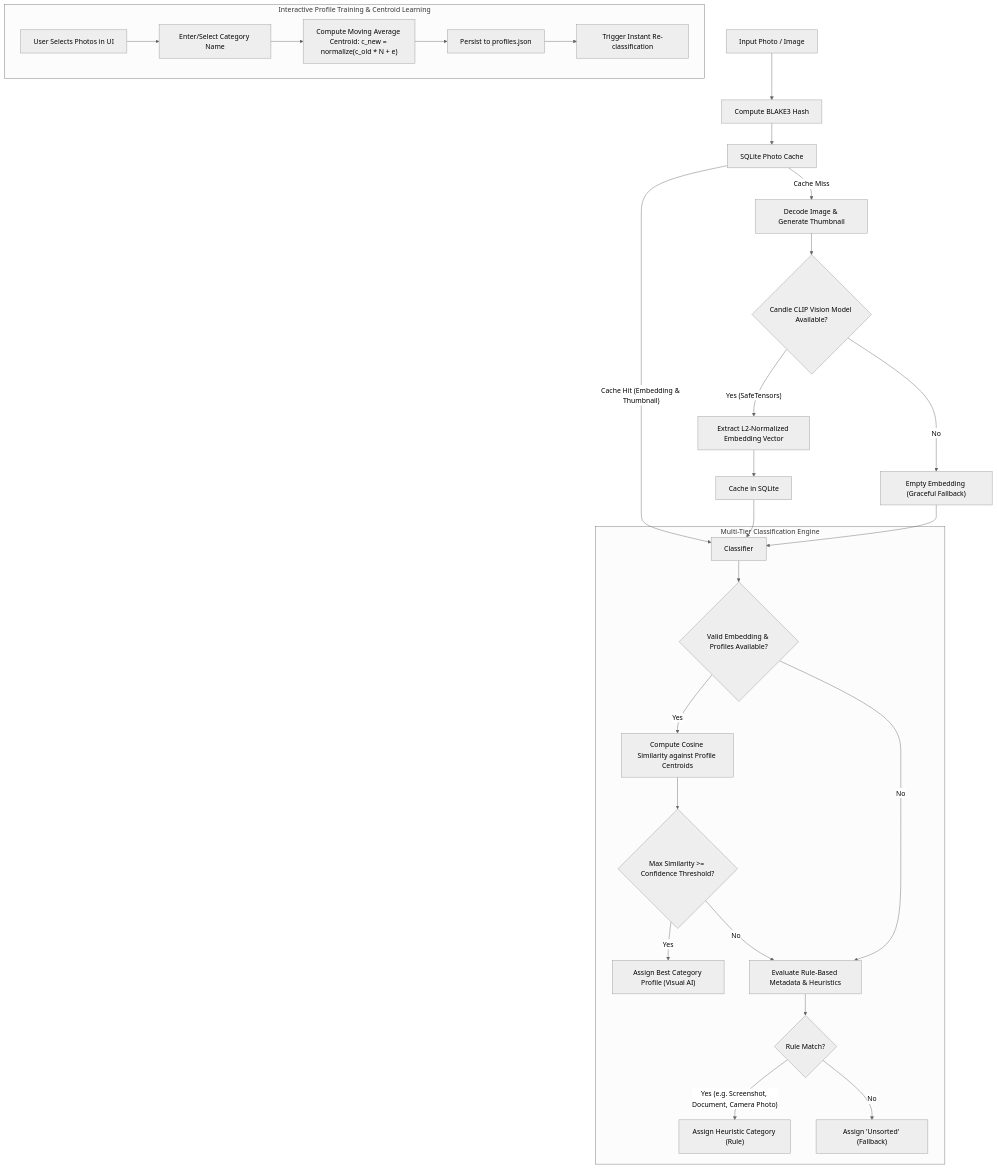
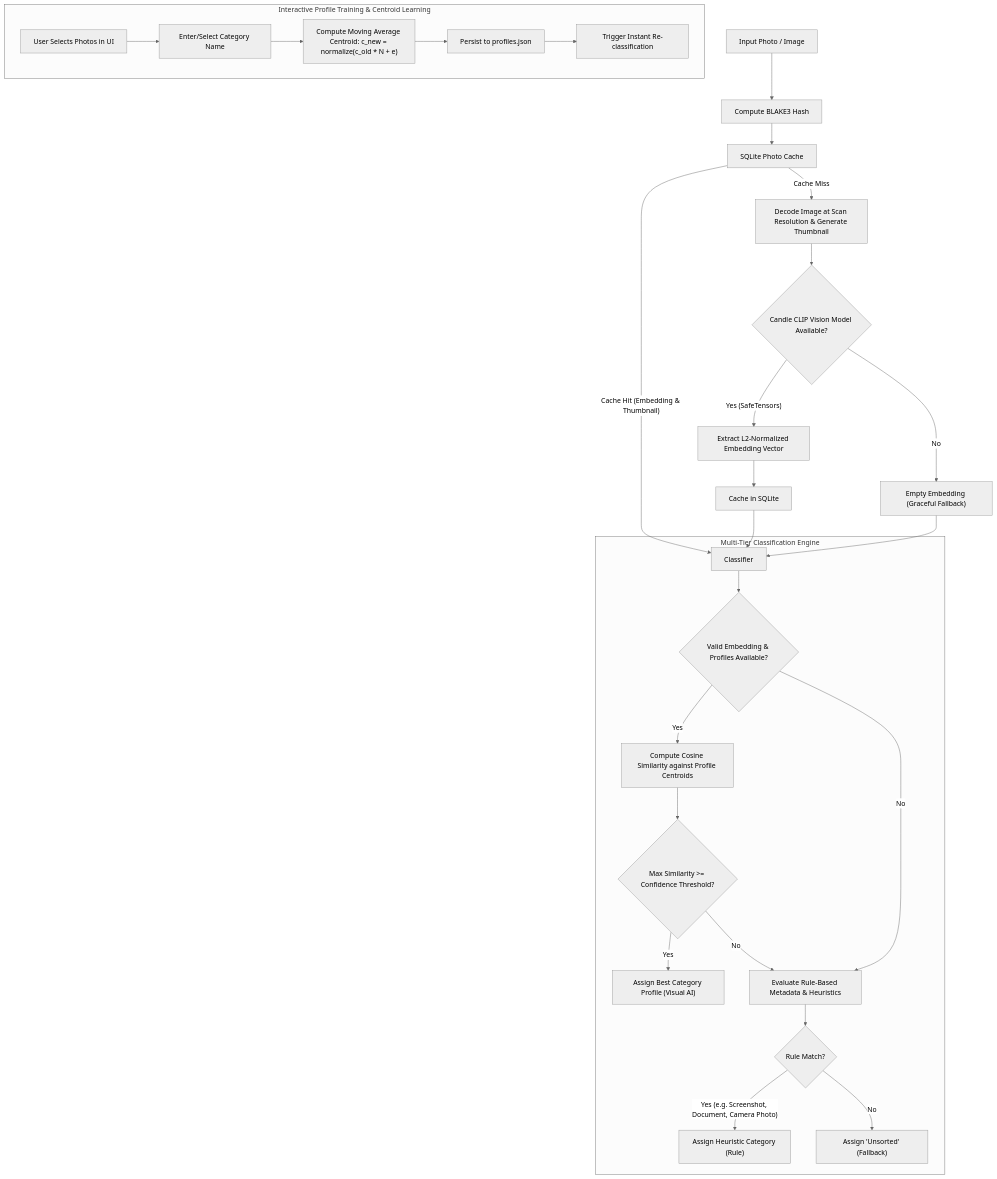
Before and after one commit to tsonnen/photo-organizer: the diagram in docs/classification_pipeline.md, drawn with Mermaid (neutral theme). The commit also changed other lines of this file and 6 other files, not shown here.

````diff
--- a/docs/classification_pipeline.md
+++ b/docs/classification_pipeline.md
@@ -5,32 +5,32 @@
 ```mermaid
 flowchart TD
     A["Input Photo / Image"] --> B["Compute BLAKE3 Hash"]
     B --> C["SQLite Photo Cache"]
     C -->|"Cache Hit (Embedding & Thumbnail)"| G["Classifier"]
-    C -->|"Cache Miss"| D["Decode Image & Generate Thumbnail"]
+    C -->|"Cache Miss"| D["Decode Image at Scan Resolution & Generate Thumbnail"]
     D --> E{"Candle CLIP Vision Model Available?"}
     E -->|"Yes (SafeTensors)"| F1["Extract L2-Normalized Embedding Vector"]
     E -->|"No"| F2["Empty Embedding (Graceful Fallback)"]
     F1 --> F3["Cache in SQLite"]
     F3 --> G
     F2 --> G
 
     subgraph Classifier ["Multi-Tier Classification Engine"]
         G --> H{"Valid Embedding & Profiles Available?"}
         H -->|"Yes"| I["Compute Cosine Similarity against Profile Centroids"]
         I --> J{"Max Similarity >= Confidence Threshold?"}
         J -->|"Yes"| K["Assign Best Category Profile (Visual AI)"]
         J -->|"No"| L["Evaluate Rule-Based Metadata & Heuristics"]
         H -->|"No"| L
         L --> M{"Rule Match?"}
         M -->|"Yes (e.g. Screenshot, Document, Camera Photo)"| N["Assign Heuristic Category (Rule)"]
         M -->|"No"| O["Assign 'Unsorted' (Fallback)"]
     end
 
     subgraph Training ["Interactive Profile Training & Centroid Learning"]
         P["User Selects Photos in UI"] --> Q["Enter/Select Category Name"]
         Q --> R["Compute Moving Average Centroid: c_new = normalize(c_old * N + e)"]
         R --> S["Persist to profiles.json"]
         S --> T["Trigger Instant Re-classification"]
     end
 ```
````
